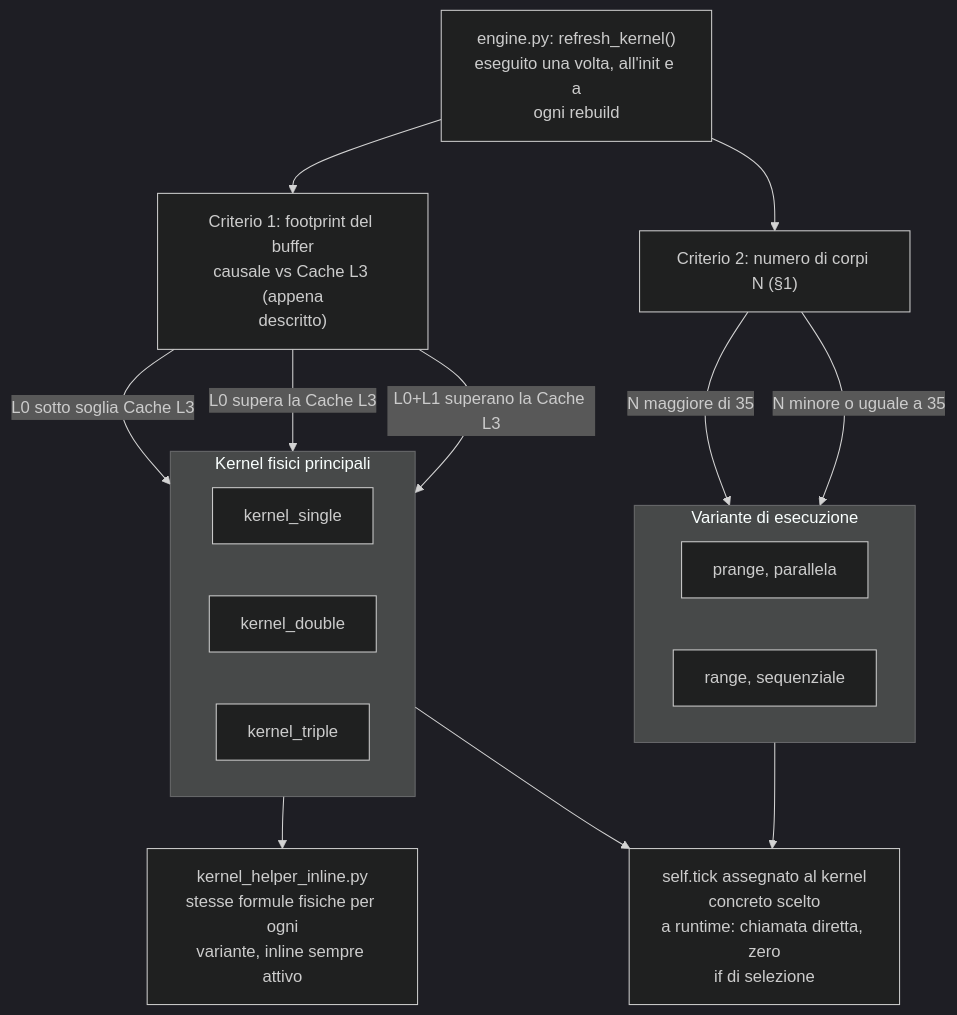
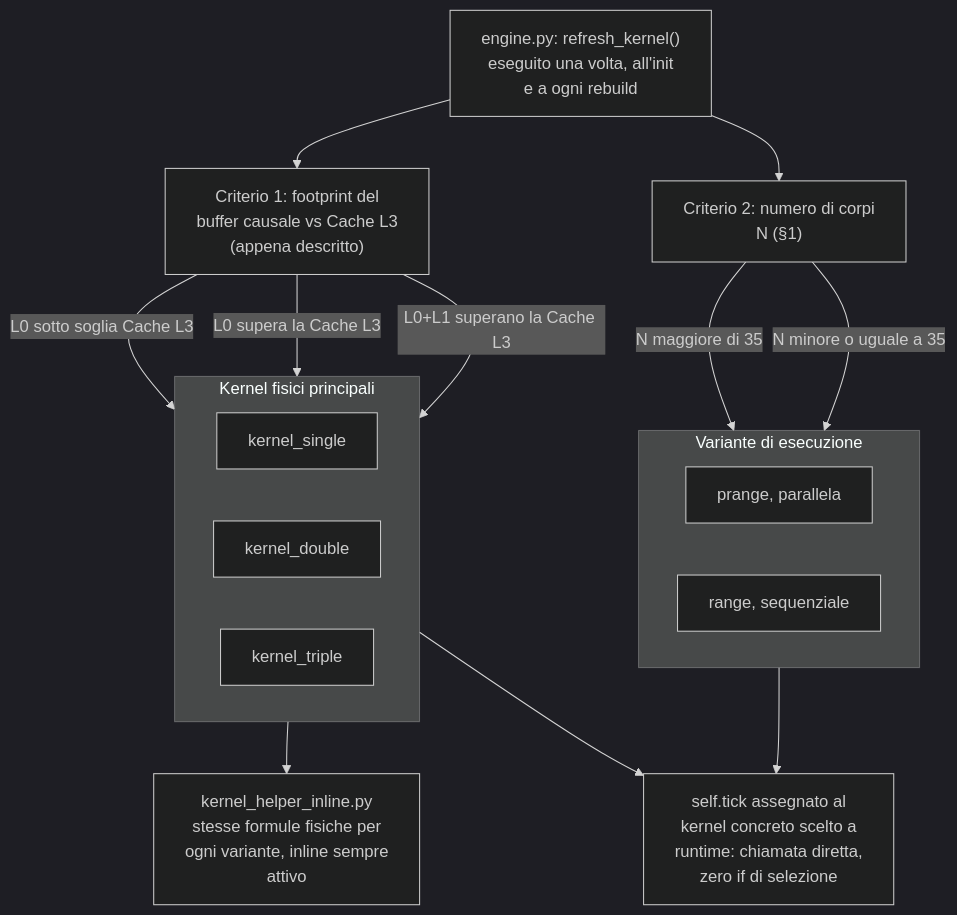
The second of 11 diagrams in ARCHITECTURE_DEEP_DIVE.it.md (alessandro-pioli/AstroCausal_Engine), drawn with Mermaid (dark theme) before and after one commit. The commit also changed other lines of this file and 2 other files, not shown here.

Commit message:
docs: leggibilita dei diagrammi e igiene del gitignore

````diff
--- a/ARCHITECTURE_DEEP_DIVE.it.md
+++ b/ARCHITECTURE_DEEP_DIVE.it.md
@@ -194,28 +194,28 @@
 ```mermaid
 flowchart TD
-    A["engine.py: refresh_kernel()<br/>eseguito una volta, all'init e a<br/>ogni rebuild"] --> B["Criterio 1: footprint del buffer<br/>causale vs Cache L3 (appena<br/>descritto)"]
-    A --> C["Criterio 2: numero di corpi N (§1)"]
+    A["engine.py: refresh_kernel()<br/>eseguito una volta, all'init<br/>e a ogni rebuild"] --> B["Criterio 1: footprint del<br/>buffer causale vs Cache L3<br/>(appena descritto)"]
+    A --> C["Criterio 2: numero di corpi<br/>N (§1)"]
 
     subgraph KERNEL["Kernel fisici principali"]
         direction LR
         K1["kernel_single"]
         K2["kernel_double"]
         K3["kernel_triple"]
     end
 
     subgraph ESEC["Variante di esecuzione"]
         direction LR
         P1["prange, parallela"]
         P2["range, sequenziale"]
     end
 
     B -->|"L0 sotto soglia Cache L3"| K1
     B -->|"L0 supera la Cache L3"| K2
     B -->|"L0+L1 superano la Cache L3"| K3
     C -->|"N maggiore di 35"| P1
     C -->|"N minore o uguale a 35"| P2
 
-    KERNEL --> H["kernel_helper_inline.py<br/>stesse formule fisiche per ogni<br/>variante, inline sempre attivo"]
-    KERNEL --> T["self.tick assegnato al kernel<br/>concreto scelto<br/>a runtime: chiamata diretta, zero<br/>if di selezione"]
+    KERNEL --> H["kernel_helper_inline.py<br/>stesse formule fisiche per<br/>ogni variante, inline sempre<br/>attivo"]
+    KERNEL --> T["self.tick assegnato al<br/>kernel concreto scelto a<br/>runtime: chiamata diretta,<br/>zero if di selezione"]
     ESEC --> T
 ```
````
